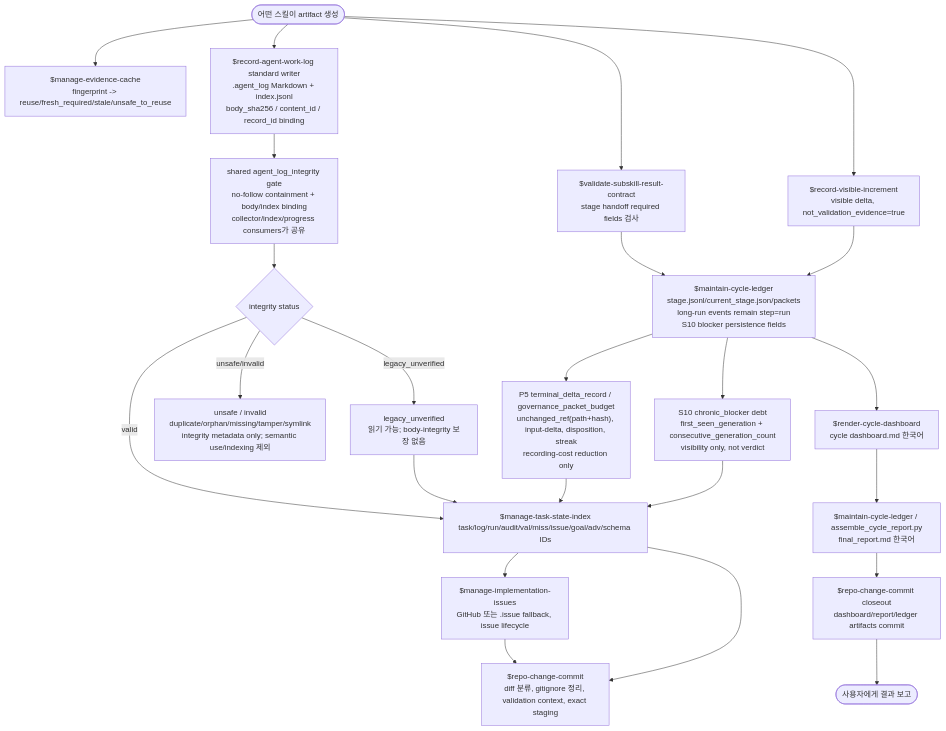
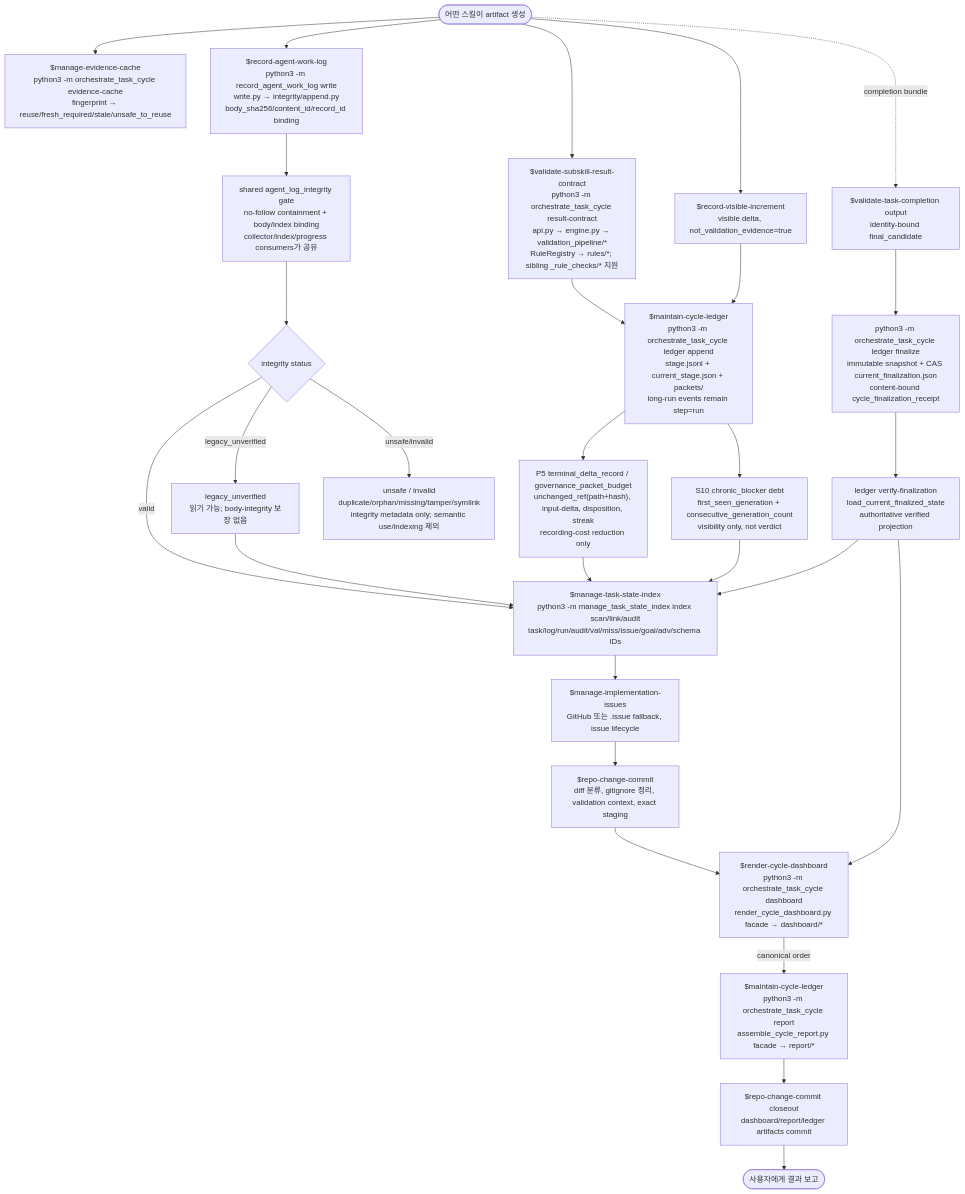
The sixth of 9 diagrams in README.md (sw1029/workflow_swfool), drawn with Mermaid before and after one commit. The commit also changed other lines of this file and 742 other files, not shown here.

Commit message:
Refactor skill scripts and update flowcharts

````diff
--- a/README.md
+++ b/README.md
@@ -270,36 +374,41 @@
 ```mermaid
 flowchart TD
   Evidence([어떤 스킬이 artifact 생성])
-  Cache["$manage-evidence-cache<br/>fingerprint -> reuse/fresh_required/stale/unsafe_to_reuse"]
-  Log["$record-agent-work-log standard writer<br/>.agent_log Markdown + index.jsonl<br/>body_sha256 / content_id / record_id binding"]
+  Cache["$manage-evidence-cache<br/>python3 -m orchestrate_task_cycle evidence-cache<br/>fingerprint → reuse/fresh_required/stale/unsafe_to_reuse"]
+  Log["$record-agent-work-log<br/>python3 -m record_agent_work_log write<br/>write.py → integrity/append.py<br/>body_sha256/content_id/record_id binding"]
   LogIntegrity["shared agent_log_integrity gate<br/>no-follow containment + body/index binding<br/>collector/index/progress consumers가 공유"]
   LogClass{"integrity status"}
   Legacy["legacy_unverified<br/>읽기 가능; body-integrity 보장 없음"]
   Invalid["unsafe / invalid<br/>duplicate/orphan/missing/tamper/symlink<br/>integrity metadata only; semantic use/indexing 제외"]
-  Ledger["$maintain-cycle-ledger<br/>stage.jsonl/current_stage.json/packets<br/>long-run events remain step=run<br/>S10 blocker persistence fields"]
+  Contract["$validate-subskill-result-contract<br/>python3 -m orchestrate_task_cycle result-contract<br/>api.py → engine.py → validation_pipeline/*<br/>RuleRegistry → rules/*; sibling _rule_checks/* 지원"]
+  Ledger["$maintain-cycle-ledger<br/>python3 -m orchestrate_task_cycle ledger append<br/>stage.jsonl + current_stage.json + packets/<br/>long-run events remain step=run"]
   TerminalDelta["P5 terminal_delta_record / governance_packet_budget<br/>unchanged_ref(path+hash), input-delta, disposition, streak<br/>recording-cost reduction only"]
   Chronic["S10 chronic_blocker debt<br/>first_seen_generation + consecutive_generation_count<br/>visibility only, not verdict"]
-  Contract["$validate-subskill-result-contract<br/>stage handoff required fields 검사"]
-  Index["$manage-task-state-index<br/>task/log/run/audit/val/miss/issue/goal/adv/schema IDs"]
+  FinalCandidate["$validate-task-completion output<br/>identity-bound final_candidate"]
+  Finalize["python3 -m orchestrate_task_cycle ledger finalize<br/>immutable snapshot + CAS current_finalization.json<br/>content-bound cycle_finalization_receipt"]
+  Verify["ledger verify-finalization<br/>load_current_finalized_state<br/>authoritative verified projection"]
+  Index["$manage-task-state-index<br/>python3 -m manage_task_state_index index scan/link/audit<br/>task/log/run/audit/val/miss/issue/goal/adv/schema IDs"]
   Visible["$record-visible-increment<br/>visible delta, not_validation_evidence=true"]
   Issue["$manage-implementation-issues<br/>GitHub 또는 .issue fallback, issue lifecycle"]
   Commit["$repo-change-commit<br/>diff 분류, gitignore 정리, validation context, exact staging"]
-  Dashboard["$render-cycle-dashboard<br/>cycle dashboard.md 한국어"]
-  Report["$maintain-cycle-ledger / assemble_cycle_report.py<br/>final_report.md 한국어"]
+  Dashboard["$render-cycle-dashboard<br/>python3 -m orchestrate_task_cycle dashboard<br/>render_cycle_dashboard.py facade → dashboard/*"]
+  Report["$maintain-cycle-ledger<br/>python3 -m orchestrate_task_cycle report<br/>assemble_cycle_report.py facade → report/*"]
   Closeout["$repo-change-commit closeout<br/>dashboard/report/ledger artifacts commit"]
   User([사용자에게 결과 보고])
 
   Evidence --> Cache
   Evidence --> Log --> LogIntegrity --> LogClass
   Evidence --> Contract --> Ledger
   LogClass -- valid --> Index
   LogClass -- legacy_unverified --> Legacy --> Index
   LogClass -- unsafe/invalid --> Invalid
   Ledger --> TerminalDelta --> Index
   Ledger --> Chronic --> Index
   Evidence --> Visible --> Ledger
-  Index --> Issue
-  Issue --> Commit
-  Index --> Commit
-  Ledger --> Dashboard --> Report --> Closeout --> User
+  Evidence -. completion bundle .-> FinalCandidate
+  FinalCandidate --> Finalize --> Verify
+  Verify --> Index
+  Index --> Issue --> Commit
+  Verify --> Dashboard
+  Commit --> Dashboard -->|canonical order| Report --> Closeout --> User
 ```
````
